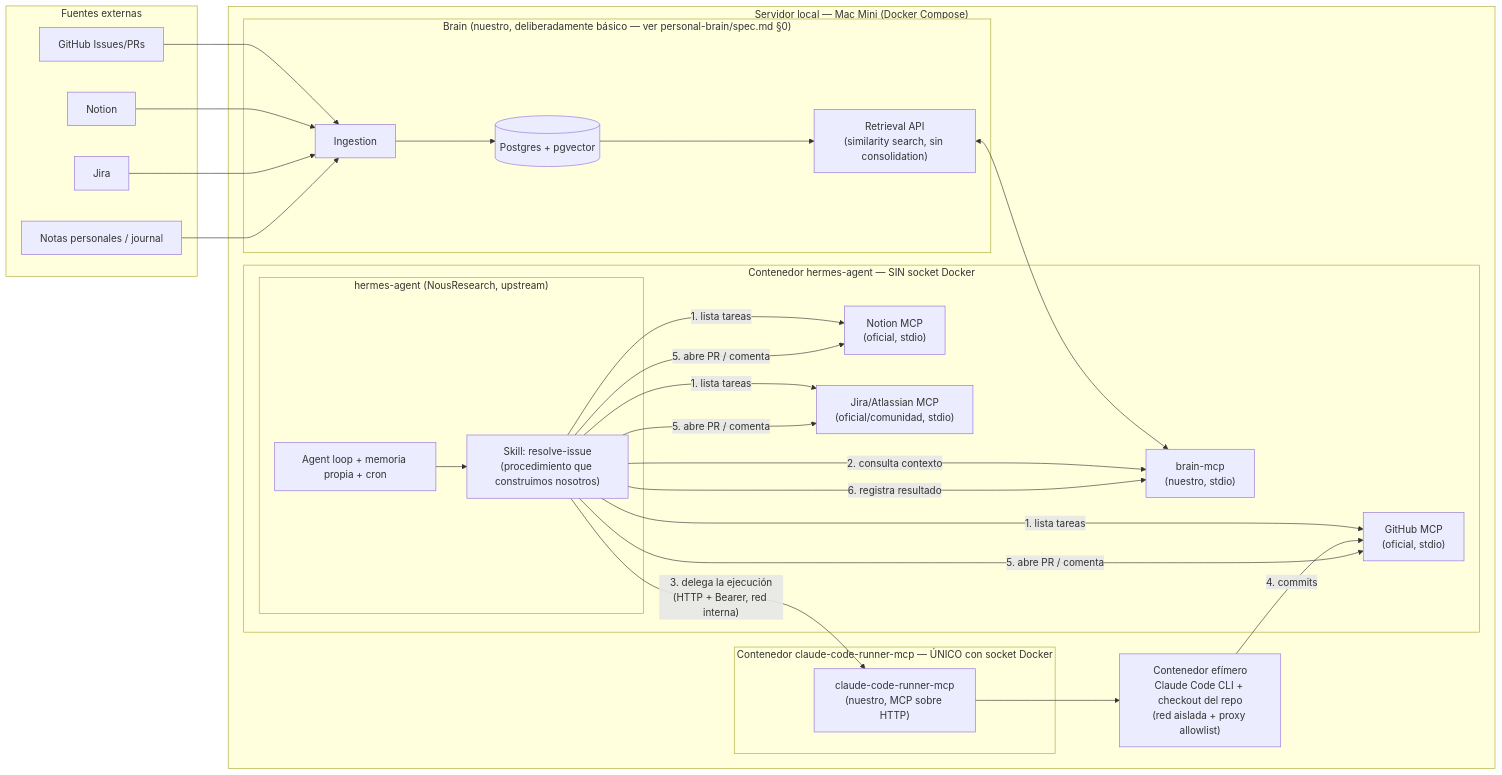
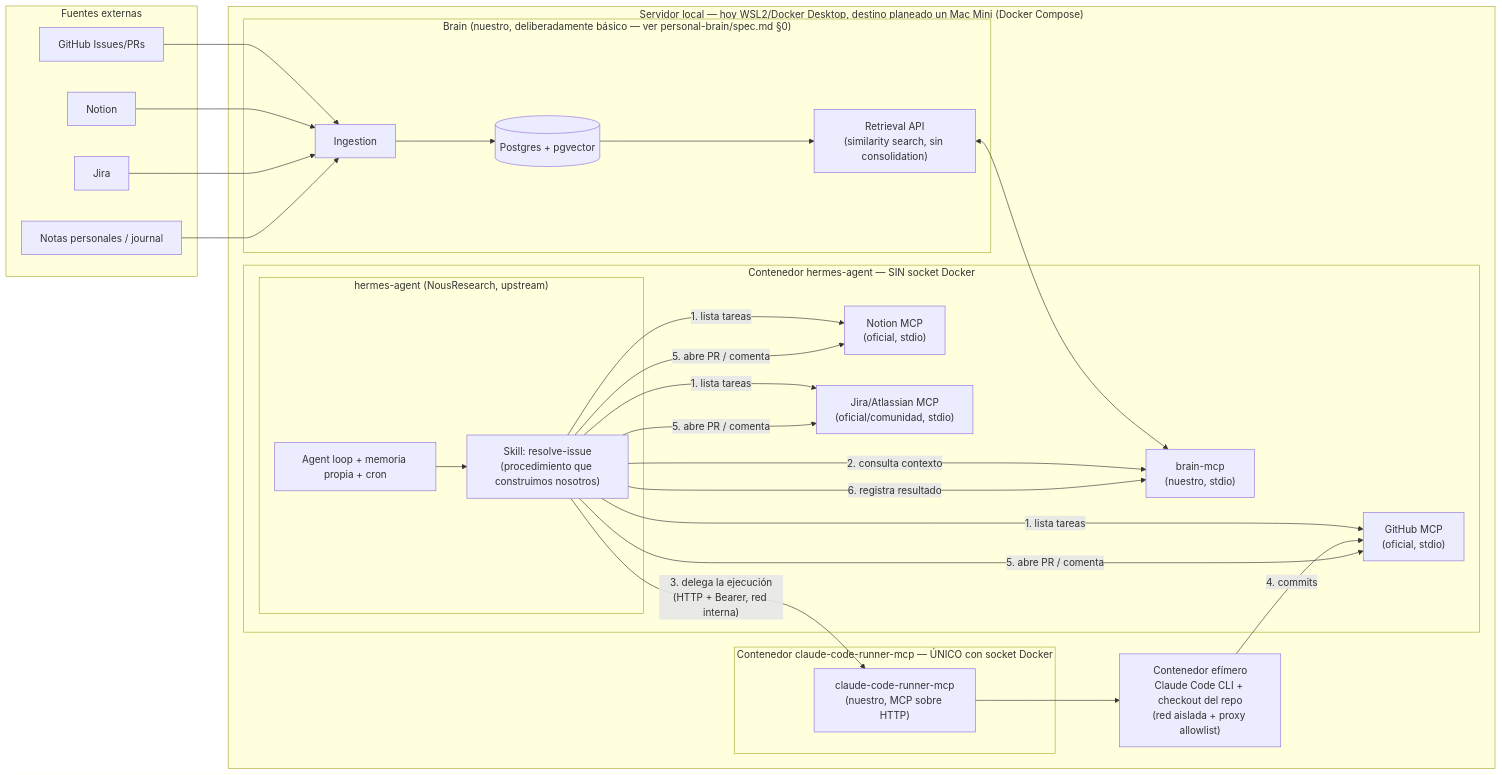
Before and after one commit to SantiDiana1/PersonalAI: the diagram in docs/architecture.md, drawn with Mermaid. The commit also changed other lines of this file and 5 other files, not shown here.

````diff
--- a/docs/architecture.md
+++ b/docs/architecture.md
@@ -9,51 +9,51 @@
 ```mermaid
 flowchart LR
     subgraph Fuentes["Fuentes externas"]
         GH[GitHub Issues/PRs]
         NO[Notion]
         JI[Jira]
         NT[Notas personales / journal]
     end
 
-    subgraph VPS["Servidor local — Mac Mini (Docker Compose)"]
+    subgraph VPS["Servidor local — hoy WSL2/Docker Desktop, destino planeado un Mac Mini (Docker Compose)"]
         subgraph HAC["Contenedor hermes-agent — SIN socket Docker"]
             subgraph HA["hermes-agent (NousResearch, upstream)"]
                 LOOP["Agent loop + memoria propia + cron"]
                 SKILL["Skill: resolve-issue<br/>(procedimiento que construimos nosotros)"]
             end
             GHMCP["GitHub MCP<br/>(oficial, stdio)"]
             NOMCP["Notion MCP<br/>(oficial, stdio)"]
             JIMCP["Jira/Atlassian MCP<br/>(oficial/comunidad, stdio)"]
             BMCP["brain-mcp<br/>(nuestro, stdio)"]
         end
 
         subgraph RUNC["Contenedor claude-code-runner-mcp — ÚNICO con socket Docker"]
             CCMCP["claude-code-runner-mcp<br/>(nuestro, MCP sobre HTTP)"]
         end
 
         subgraph BrainSvc["Brain (nuestro, deliberadamente básico — ver personal-brain/spec.md §0)"]
             ING[Ingestion]
             RET["Retrieval API<br/>(similarity search, sin consolidation)"]
             DB[(Postgres + pgvector)]
         end
 
         RUN["Contenedor efímero<br/>Claude Code CLI + checkout del repo<br/>(red aislada + proxy allowlist)"]
     end
 
     GH --> ING
     NO --> ING
     JI --> ING
     NT --> ING
     ING --> DB
     DB --> RET
     RET <--> BMCP
 
     LOOP --> SKILL
     SKILL -->|1. lista tareas| GHMCP & NOMCP & JIMCP
     SKILL -->|2. consulta contexto| BMCP
     SKILL -->|"3. delega la ejecución<br/>(HTTP + Bearer, red interna)"| CCMCP
     CCMCP --> RUN
     RUN -->|4. commits| GHMCP
     SKILL -->|5. abre PR / comenta| GHMCP & NOMCP & JIMCP
     SKILL -->|6. registra resultado| BMCP
 ```
````
